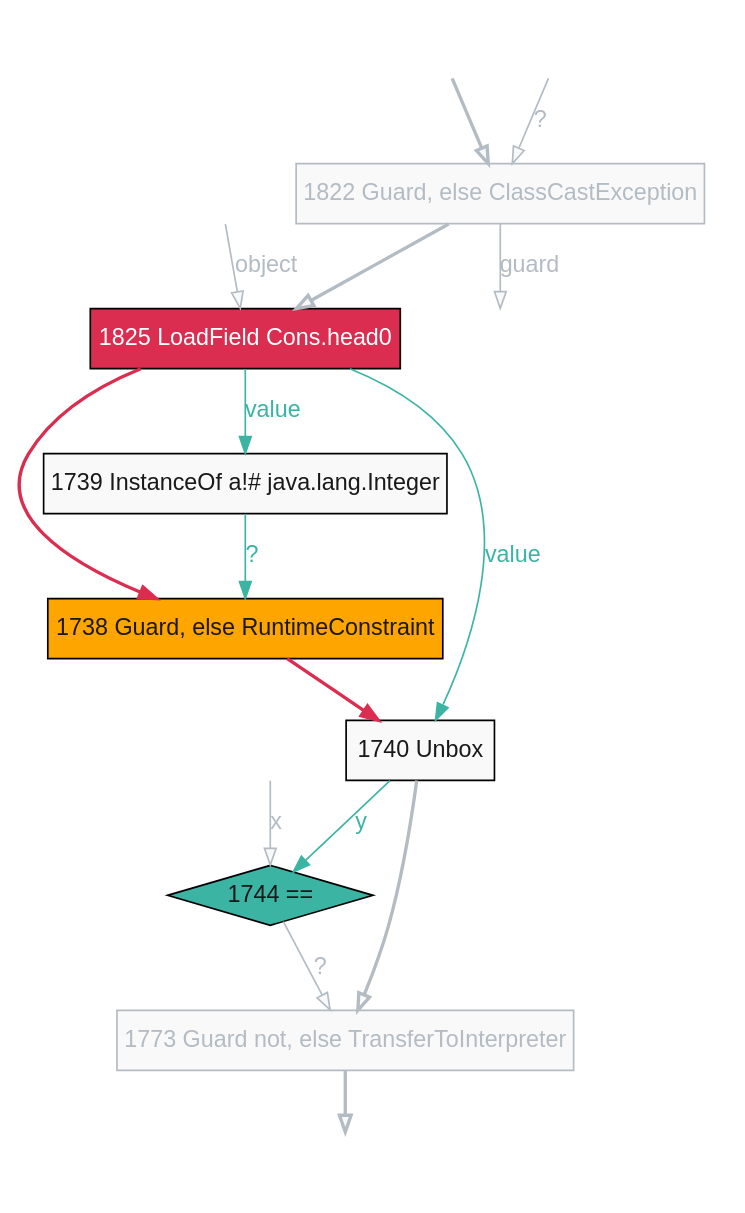
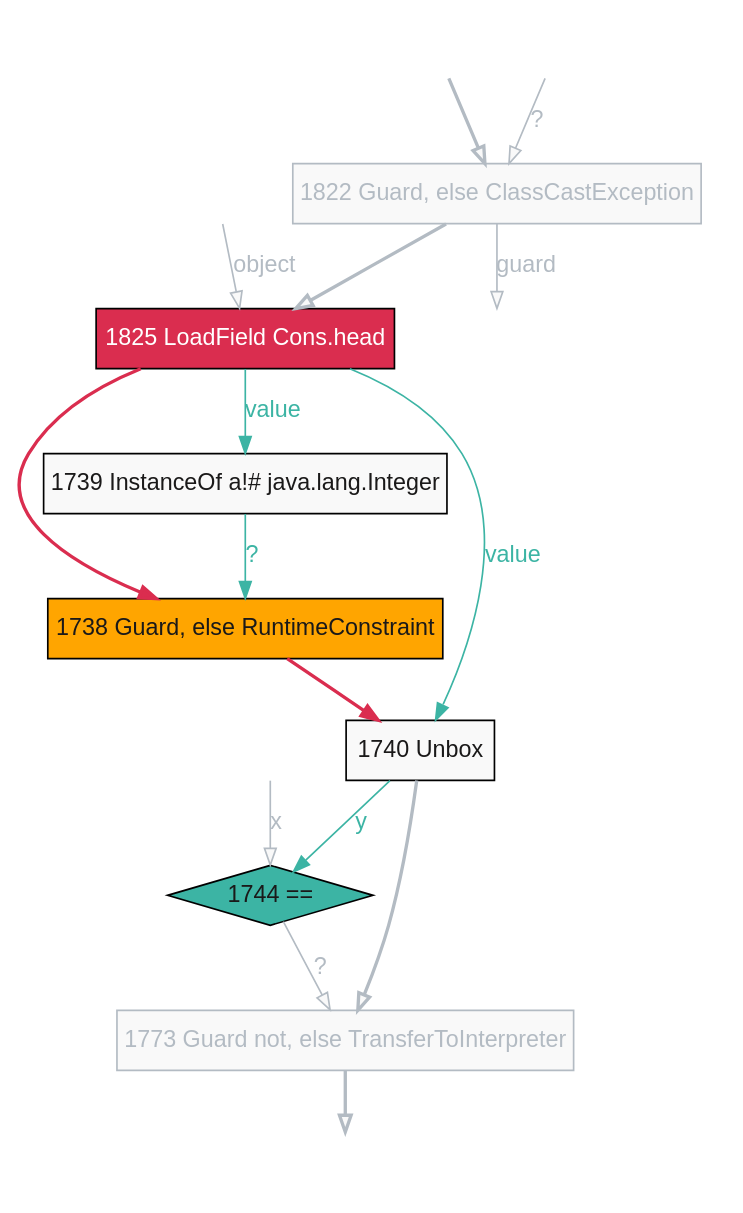
The diagram in figures/dot/List.contains.boxed.TruffleTier.dot (jmesyou/mmath-thesis), drawn with Graphviz before and after one commit. The commit also changed 23 other files, not shown here.

```diff
--- a/figures/dot/List.contains.boxed.TruffleTier.dot
+++ b/figures/dot/List.contains.boxed.TruffleTier.dot
@@ -1,32 +1,32 @@
 digraph G {
   graph [bgcolor="white"];
   node1191 [style="invis",label=""];
   node1738 [label="1738 Guard, else RuntimeConstraint",shape="rectangle",fontname="Arial",style="filled",color="black",fillcolor="#ffa500",fontcolor="#1a1919"];
   node1739 [label="1739 InstanceOf a!# java.lang.Integer",shape="rectangle",fontname="Arial",style="filled",color="black",fillcolor="#f9f9f9",fontcolor="#1a1919"];
   node1740 [label="1740 Unbox",shape="rectangle",fontname="Arial",style="filled",color="black",fillcolor="#f9f9f9",fontcolor="#1a1919"];
   node1744 [label="1744 ==",shape="diamond",fontname="Arial",style="filled",color="black",fillcolor="#3cb4a4",fontcolor="#1a1919"];
   node1751 [style="invis",label=""];
   node1773 [label="1773 Guard not, else TransferToInterpreter",shape="rectangle",fontname="Arial",style="filled",color="#b3bbc3",fillcolor="#f9f9f9",fontcolor="#b3bbc3"];
   node1775 [style="invis",label=""];
   node1783 [style="invis",label=""];
   node1822 [label="1822 Guard, else ClassCastException",shape="rectangle",fontname="Arial",style="filled",color="#b3bbc3",fillcolor="#f9f9f9",fontcolor="#b3bbc3"];
   node1824 [style="invis",label=""];
-  node1825 [label="1825 LoadField Cons.head0",shape="rectangle",fontname="Arial",style="filled",color="black",fillcolor="#da2d4f",fontcolor="#ffffff"];
+  node1825 [label="1825 LoadField Cons.head",shape="rectangle",fontname="Arial",style="filled",color="black",fillcolor="#da2d4f",fontcolor="#ffffff"];
   node1827 [style="invis",label=""];
   node1836 [style="invis",label=""];
   node1739 -> node1738 [label="?",fontname="arial",color="#3cb4a4",fontcolor="#3cb4a4"];
   node1738 -> node1740 [fontname="arial",color="#da2d4f",fontcolor="#da2d4f",penwidth="2"];
   node1825 -> node1739 [label="value",fontname="arial",color="#3cb4a4",fontcolor="#3cb4a4"];
   node1740 -> node1773 [fontname="arial",color="#b3bbc3",fontcolor="#b3bbc3",penwidth="2",fillcolor="#f9f9f9"];
   node1191 -> node1744 [label="x",fontname="arial",color="#b3bbc3",fontcolor="#b3bbc3",fillcolor="#f9f9f9"];
   node1740 -> node1744 [label="y",fontname="arial",color="#3cb4a4",fontcolor="#3cb4a4"];
   node1744 -> node1773 [label="?",fontname="arial",color="#b3bbc3",fontcolor="#b3bbc3",fillcolor="#f9f9f9"];
   node1773 -> node1775 [fontname="arial",color="#b3bbc3",fontcolor="#b3bbc3",penwidth="2",fillcolor="#f9f9f9"];
   node1836 -> node1822 [label="?",fontname="arial",color="#b3bbc3",fontcolor="#b3bbc3",fillcolor="#f9f9f9"];
   node1822 -> node1825 [fontname="arial",color="#b3bbc3",fontcolor="#b3bbc3",penwidth="2",fillcolor="#f9f9f9"];
   node1822 -> node1824 [label="guard",fontname="arial",color="#b3bbc3",fontcolor="#b3bbc3",fillcolor="#f9f9f9"];
   node1825 -> node1738 [fontname="arial",color="#da2d4f",fontcolor="#da2d4f",penwidth="2"];
   node1827 -> node1822 [fontname="arial",color="#b3bbc3",fontcolor="#b3bbc3",penwidth="2",fillcolor="#f9f9f9"];
   node1825 -> node1740 [label="value",fontname="arial",color="#3cb4a4",fontcolor="#3cb4a4"];
   node1783 -> node1825 [label="object",fontname="arial",color="#b3bbc3",fontcolor="#b3bbc3",fillcolor="#f9f9f9"];
 }
```
